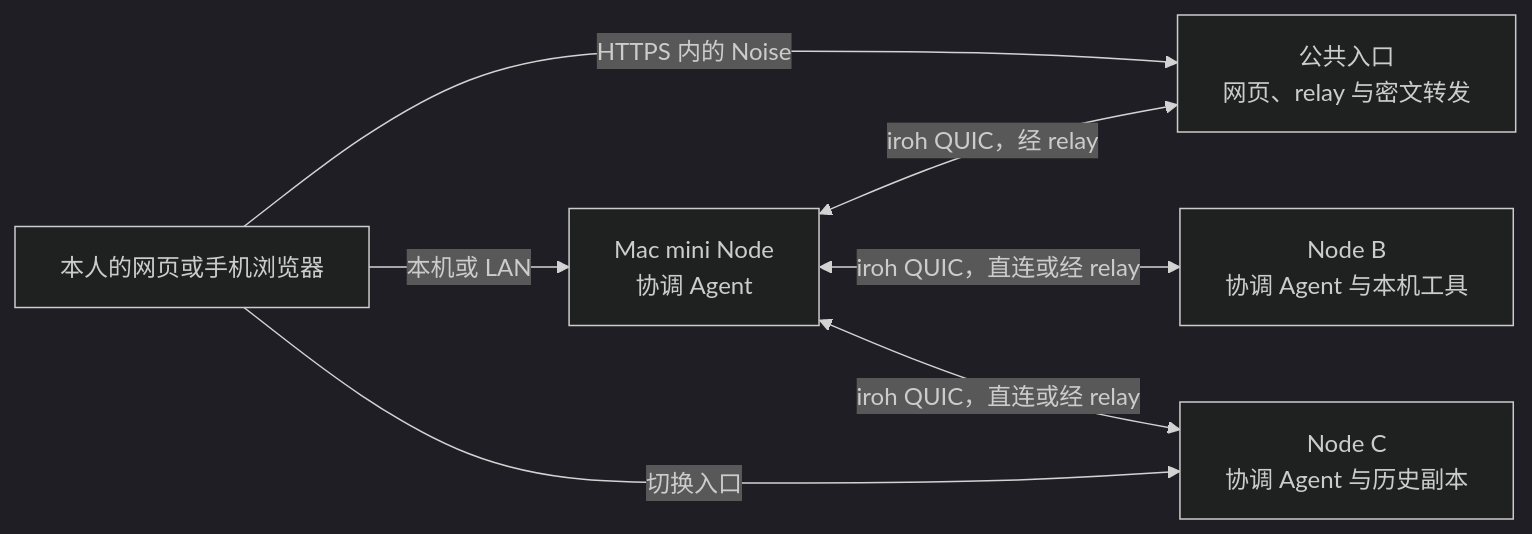
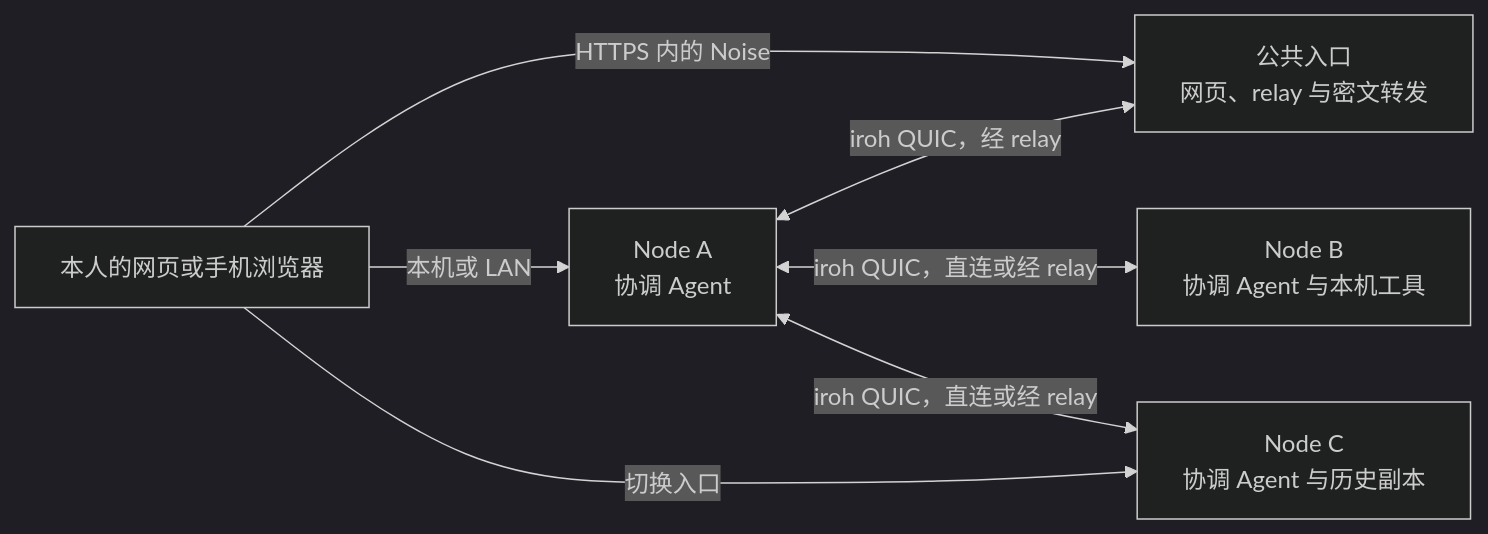
Before and after one commit to leaperone/vibeface: the diagram in README.md, drawn with Mermaid (dark theme). The commit also changed other lines of this file and 16 other files, not shown here.

````diff
--- a/README.md
+++ b/README.md
@@ -29,14 +29,14 @@
 ```mermaid
 flowchart LR
     U[本人的网页或手机浏览器]
     G[公共入口<br>网页、relay 与密文转发]
-    A[Mac mini Node<br>协调 Agent]
+    A[Node A<br>协调 Agent]
     B[Node B<br>协调 Agent 与本机工具]
     C[Node C<br>协调 Agent 与历史副本]
     U -->|HTTPS 内的 Noise| G
     U -->|本机或 LAN| A
     U -->|切换入口| C
     A <-->|iroh QUIC，经 relay| G
     A <-->|iroh QUIC，直连或经 relay| B
     A <-->|iroh QUIC，直连或经 relay| C
 ```
````
